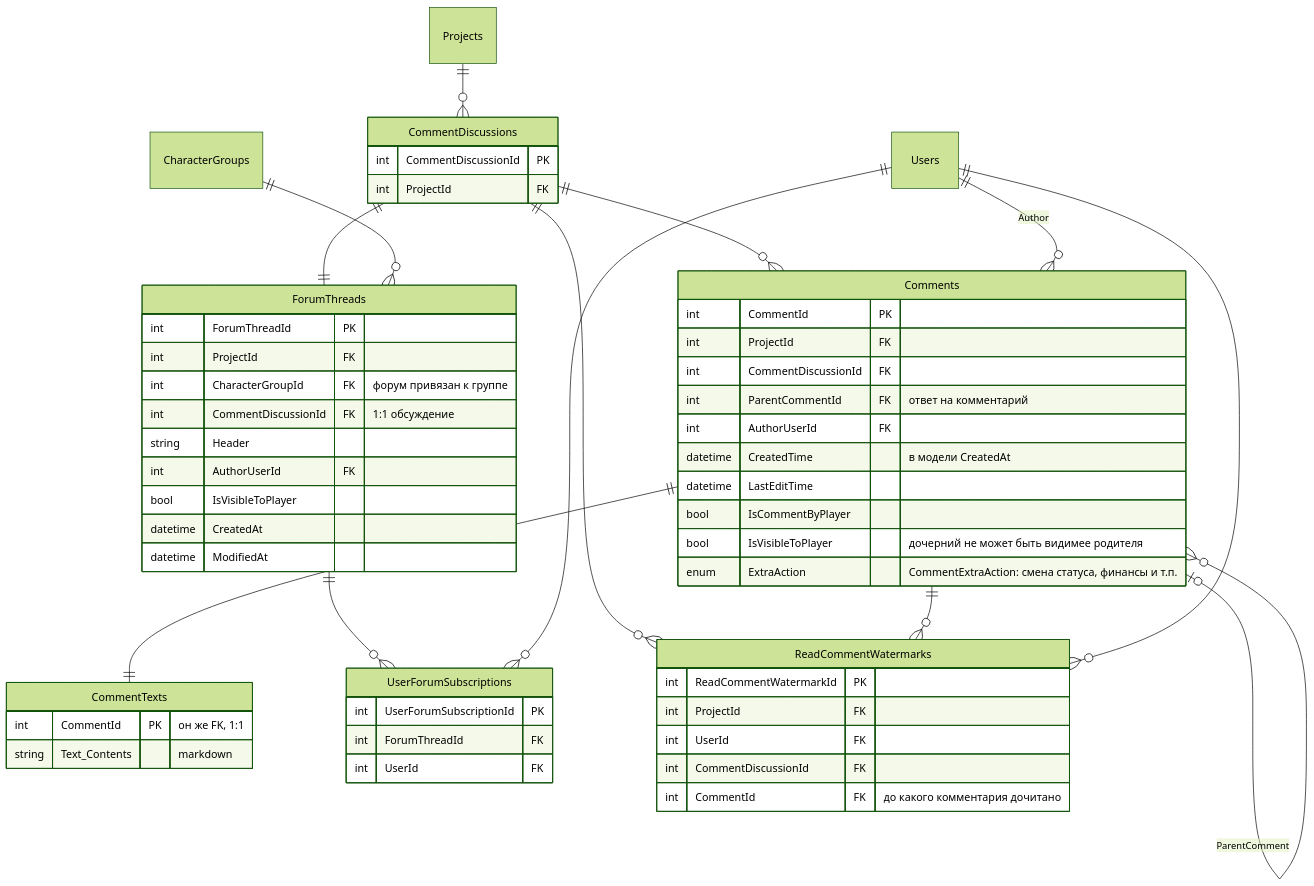
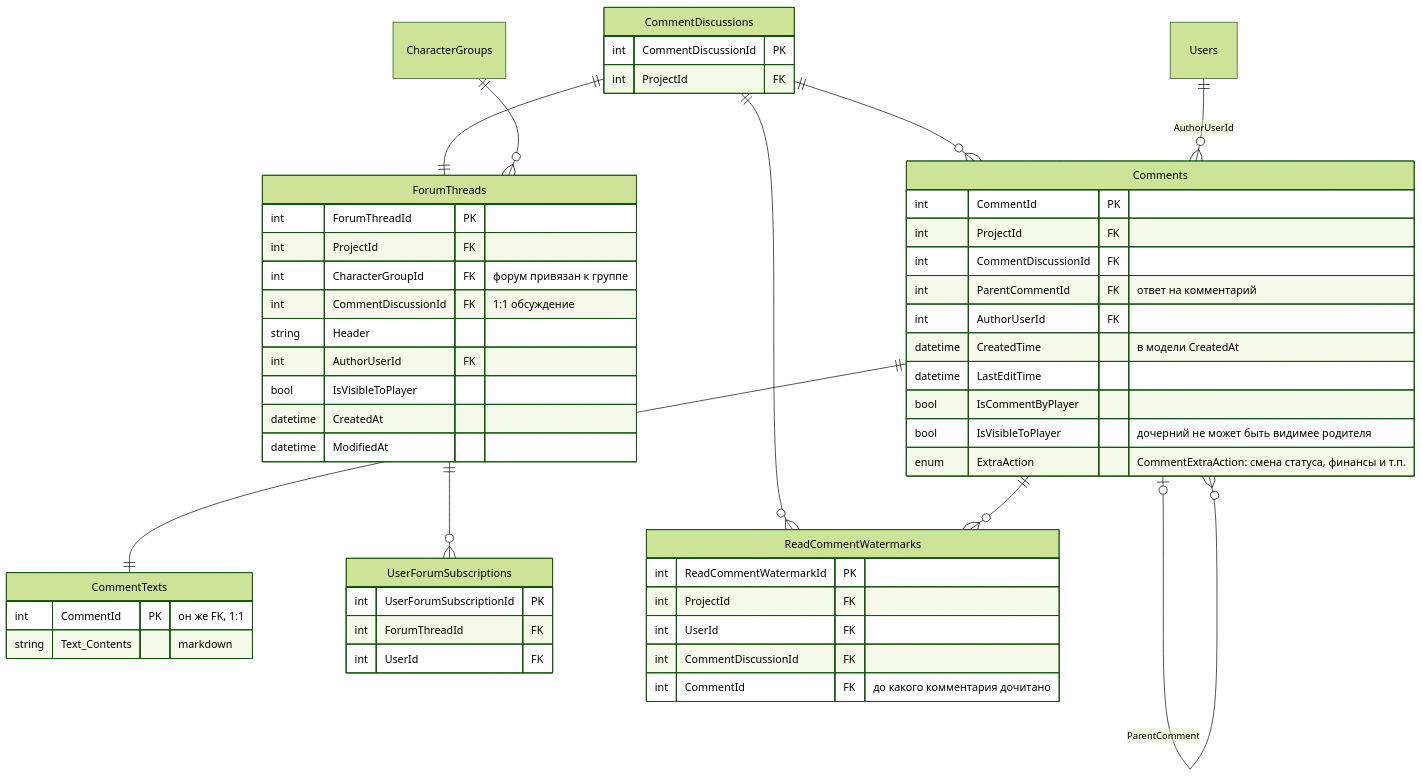
Before and after one commit to joinrpg/joinrpg-net: the sixth of 11 diagrams in docs/db-schema.md, drawn with Mermaid (forest theme). The commit also changed other lines of this file, not shown here.

First line of the commit message:
docs: убрать из доменных диаграмм связи с Projects и служебные связи с Users

````diff
--- a/docs/db-schema.md
+++ b/docs/db-schema.md
@@ -458,64 +459,61 @@
 ```mermaid
 erDiagram
     CommentDiscussions {
         int CommentDiscussionId PK
         int ProjectId FK
     }
 
     Comments {
         int CommentId PK
         int ProjectId FK
         int CommentDiscussionId FK
         int ParentCommentId FK "ответ на комментарий"
         int AuthorUserId FK
         datetime CreatedTime "в модели CreatedAt"
         datetime LastEditTime
         bool IsCommentByPlayer
         bool IsVisibleToPlayer "дочерний не может быть видимее родителя"
         enum ExtraAction "CommentExtraAction: смена статуса, финансы и т.п."
     }
 
     CommentTexts {
         int CommentId PK "он же FK, 1:1"
         string Text_Contents "markdown"
     }
 
     ForumThreads {
         int ForumThreadId PK
         int ProjectId FK
         int CharacterGroupId FK "форум привязан к группе"
         int CommentDiscussionId FK "1:1 обсуждение"
         string Header
         int AuthorUserId FK
         bool IsVisibleToPlayer
         datetime CreatedAt
         datetime ModifiedAt
     }
 
     UserForumSubscriptions {
         int UserForumSubscriptionId PK
         int ForumThreadId FK
         int UserId FK
     }
 
     ReadCommentWatermarks {
         int ReadCommentWatermarkId PK
         int ProjectId FK
         int UserId FK
         int CommentDiscussionId FK
         int CommentId FK "до какого комментария дочитано"
     }
 
-    Projects ||--o{ CommentDiscussions : ""
     CommentDiscussions ||--o{ Comments : ""
     Comments ||--|| CommentTexts : ""
     Comments |o--o{ Comments : "ParentComment"
     CommentDiscussions ||--|| ForumThreads : ""
     CharacterGroups ||--o{ ForumThreads : ""
     ForumThreads ||--o{ UserForumSubscriptions : ""
-    Users ||--o{ UserForumSubscriptions : ""
     CommentDiscussions ||--o{ ReadCommentWatermarks : ""
     Comments ||--o{ ReadCommentWatermarks : ""
-    Users ||--o{ ReadCommentWatermarks : ""
-    Users ||--o{ Comments : "Author"
+    Users ||--o{ Comments : "AuthorUserId"
 ```
````
